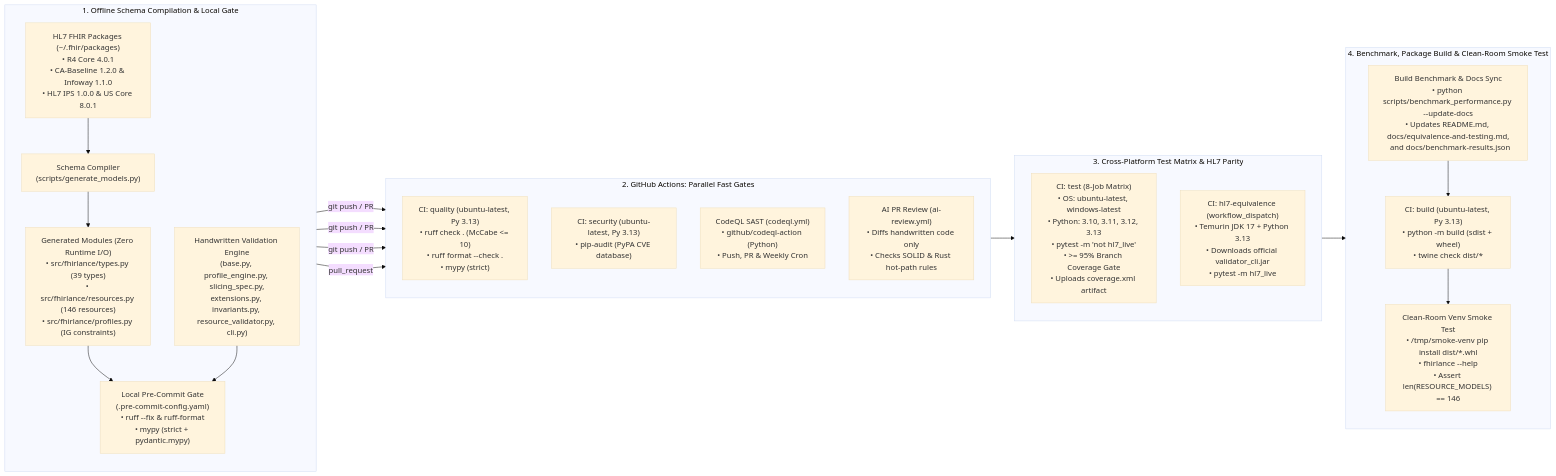
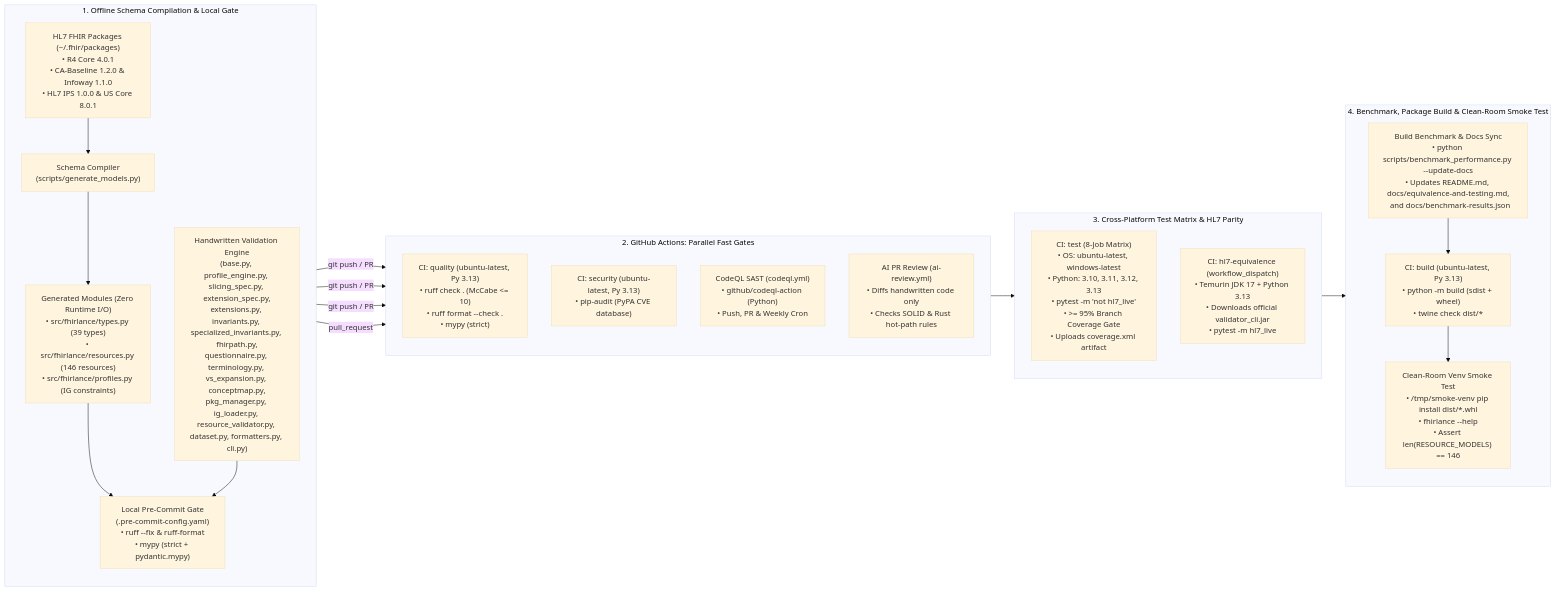
One commit to damsonaldson/FHIRlance changed the diagram in docs/ci-and-build.md. Above: the diagram before and after it, drawn with Mermaid (base theme). The commit also changed other lines of this file and 6 other files, not shown here.

````diff
--- a/docs/ci-and-build.md
+++ b/docs/ci-and-build.md
@@ -11,43 +11,43 @@
 ```mermaid
 flowchart LR
     subgraph Phase1["1. Offline Schema Compilation & Local Gate"]
         direction TB
         PKGS["HL7 FHIR Packages (~/.fhir/packages)<br/>• R4 Core 4.0.1<br/>• CA-Baseline 1.2.0 & Infoway 1.1.0<br/>• HL7 IPS 1.0.0 & US Core 8.0.1"]
         CODEGEN["Schema Compiler<br/>(scripts/generate_models.py)"]
         GEN["Generated Modules (Zero Runtime I/O)<br/>• src/fhirlance/types.py (39 types)<br/>• src/fhirlance/resources.py (146 resources)<br/>• src/fhirlance/profiles.py (IG constraints)"]
-        CORE["Handwritten Validation Engine<br/>(base.py, profile_engine.py, slicing_spec.py,<br/>extensions.py, invariants.py, resource_validator.py, cli.py)"]
+        CORE["Handwritten Validation Engine<br/>(base.py, profile_engine.py, slicing_spec.py, extension_spec.py,<br/>extensions.py, invariants.py, specialized_invariants.py, fhirpath.py,<br/>questionnaire.py, terminology.py, vs_expansion.py, conceptmap.py,<br/>pkg_manager.py, ig_loader.py, resource_validator.py, dataset.py, formatters.py, cli.py)"]
         PRE["Local Pre-Commit Gate<br/>(.pre-commit-config.yaml)<br/>• ruff --fix & ruff-format<br/>• mypy (strict + pydantic.mypy)"]
 
         PKGS --> CODEGEN --> GEN --> PRE
         CORE --> PRE
     end
 
     subgraph Phase2["2. GitHub Actions: Parallel Fast Gates"]
         direction TB
         QUAL["CI: quality (ubuntu-latest, Py 3.13)<br/>• ruff check . (McCabe <= 10)<br/>• ruff format --check .<br/>• mypy (strict)"]
         SEC["CI: security (ubuntu-latest, Py 3.13)<br/>• pip-audit (PyPA CVE database)"]
         CODEQL["CodeQL SAST (codeql.yml)<br/>• github/codeql-action (Python)<br/>• Push, PR & Weekly Cron"]
         AIREVIEW["AI PR Review (ai-review.yml)<br/>• Diffs handwritten code only<br/>• Checks SOLID & Rust hot-path rules"]
     end
 
     subgraph Phase3["3. Cross-Platform Test Matrix & HL7 Parity"]
         direction TB
         MATRIX["CI: test (8-Job Matrix)<br/>• OS: ubuntu-latest, windows-latest<br/>• Python: 3.10, 3.11, 3.12, 3.13<br/>• pytest -m 'not hl7_live'<br/>• >= 95% Branch Coverage Gate<br/>• Uploads coverage.xml artifact"]
         HL7["CI: hl7-equivalence (workflow_dispatch)<br/>• Temurin JDK 17 + Python 3.13<br/>• Downloads official validator_cli.jar<br/>• pytest -m hl7_live"]
     end
 
     subgraph Phase4["4. Benchmark, Package Build & Clean-Room Smoke Test"]
         direction TB
         BENCH["Build Benchmark & Docs Sync<br/>• python scripts/benchmark_performance.py --update-docs<br/>• Updates README.md, docs/equivalence-and-testing.md,<br/>  and docs/benchmark-results.json"]
         BUILD["CI: build (ubuntu-latest, Py 3.13)<br/>• python -m build (sdist + wheel)<br/>• twine check dist/*"]
         SMOKE["Clean-Room Venv Smoke Test<br/>• /tmp/smoke-venv pip install dist/*.whl<br/>• fhirlance --help<br/>• Assert len(RESOURCE_MODELS) == 146"]
         BENCH --> BUILD --> SMOKE
     end
 
     PRE -->|"git push / PR"| QUAL
     PRE -->|"git push / PR"| SEC
     PRE -->|"git push / PR"| CODEQL
     PRE -->|"pull_request"| AIREVIEW
     QUAL --> MATRIX
     MATRIX --> BUILD
 ```
````
